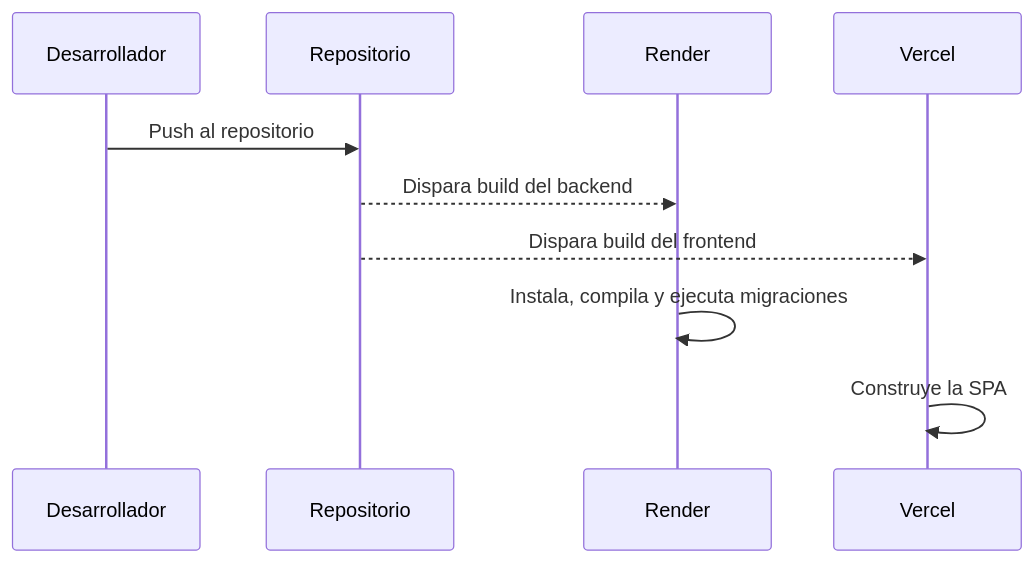
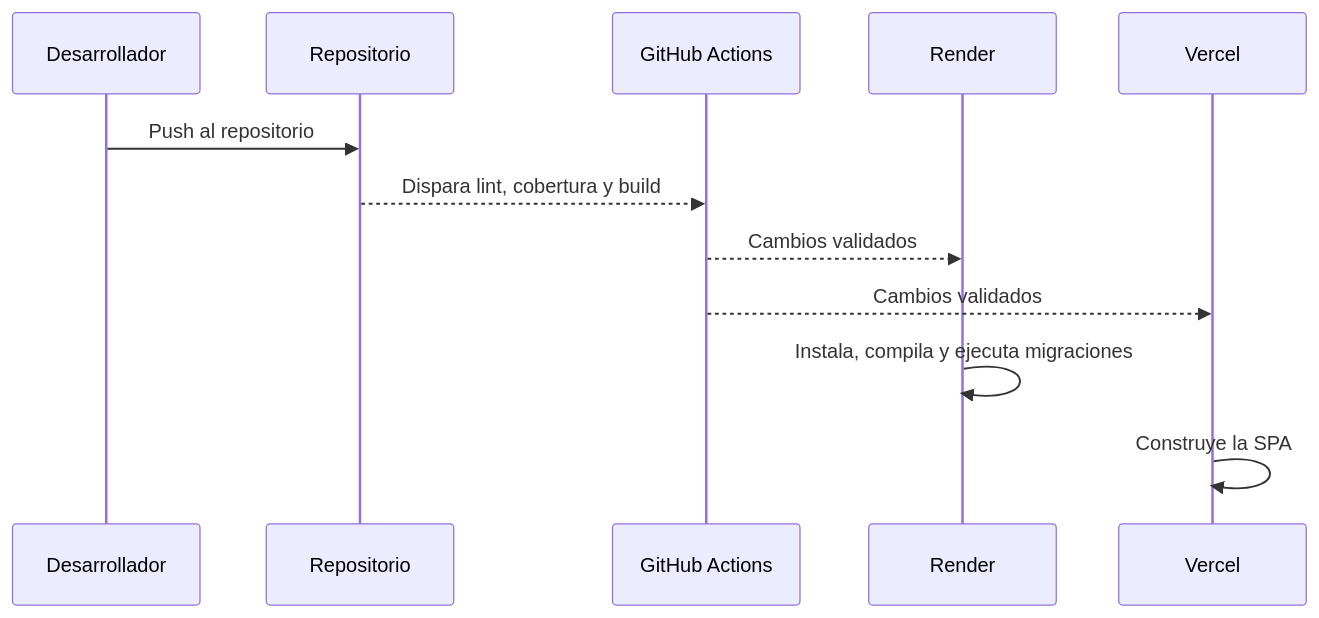
Before and after one commit to GRAN-J/sportmetric: the second of 3 diagrams in docs-engineering/deployment/render-vercel.md, drawn with Mermaid. The commit also changed other lines of this file and 53 other files, not shown here.

````diff
--- a/docs-engineering/deployment/render-vercel.md
+++ b/docs-engineering/deployment/render-vercel.md
@@ -78,13 +93,15 @@
 ```mermaid
 sequenceDiagram
     participant Dev as Desarrollador
     participant Git as Repositorio
+    participant CI as GitHub Actions
     participant Render as Render
     participant Vercel as Vercel
 
     Dev->>Git: Push al repositorio
-    Git-->>Render: Dispara build del backend
-    Git-->>Vercel: Dispara build del frontend
+    Git-->>CI: Dispara lint, cobertura y build
+    CI-->>Render: Cambios validados
+    CI-->>Vercel: Cambios validados
     Render->>Render: Instala, compila y ejecuta migraciones
     Vercel->>Vercel: Construye la SPA
 ```
````
